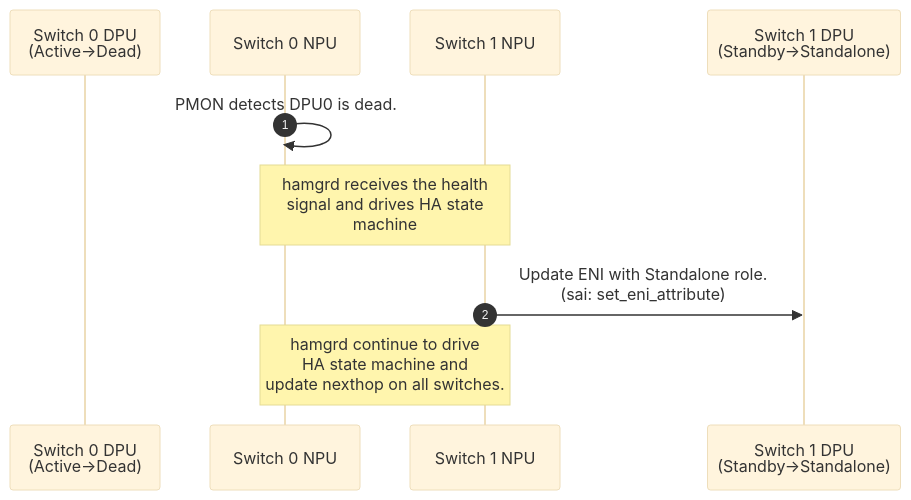
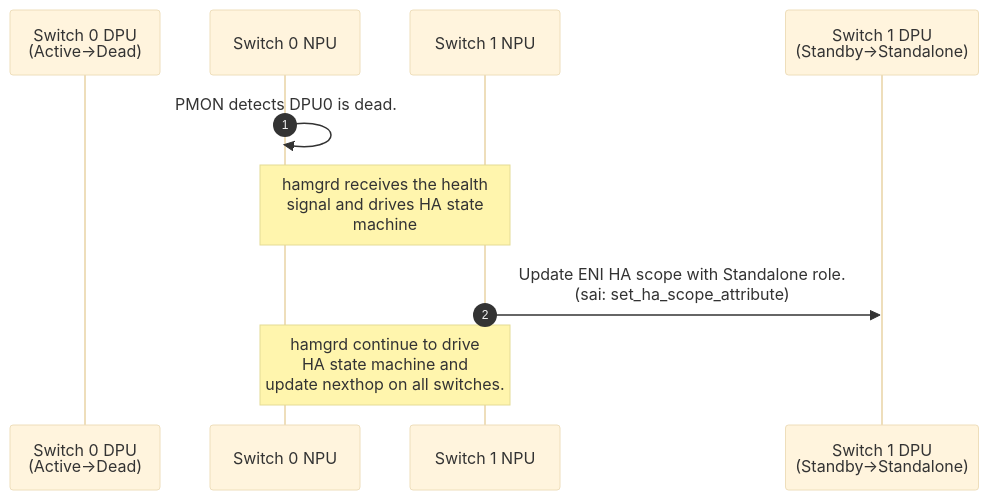
The fourth of 5 diagrams in documentation/high-avail/ha-api-hld.md (sonic-net/DASH), drawn with Mermaid (base theme) before and after one commit. The commit also changed other lines of this file, not shown here.

````diff
--- a/documentation/high-avail/ha-api-hld.md
+++ b/documentation/high-avail/ha-api-hld.md
@@ -468,16 +468,16 @@
 ```mermaid
 sequenceDiagram
     autonumber
 
     participant S0D as Switch 0 DPU<br>(Active->Dead)
     participant S0N as Switch 0 NPU
     participant S1N as Switch 1 NPU
     participant S1D as Switch 1 DPU<br>(Standby->Standalone)
 
     S0N->>S0N: PMON detects DPU0 is dead.
     Note over S0N,S1N: hamgrd receives the health<br>signal and drives HA state<br>machine
 
-    S1N->>S1D: Update ENI with Standalone role.<br>(sai: set_eni_attribute)
+    S1N->>S1D: Update ENI HA scope with Standalone role.<br>(sai: set_ha_scope_attribute)
 
     Note over S0N,S1N: hamgrd continue to drive<br>HA state machine and<br>update nexthop on all switches.
 ```
````
